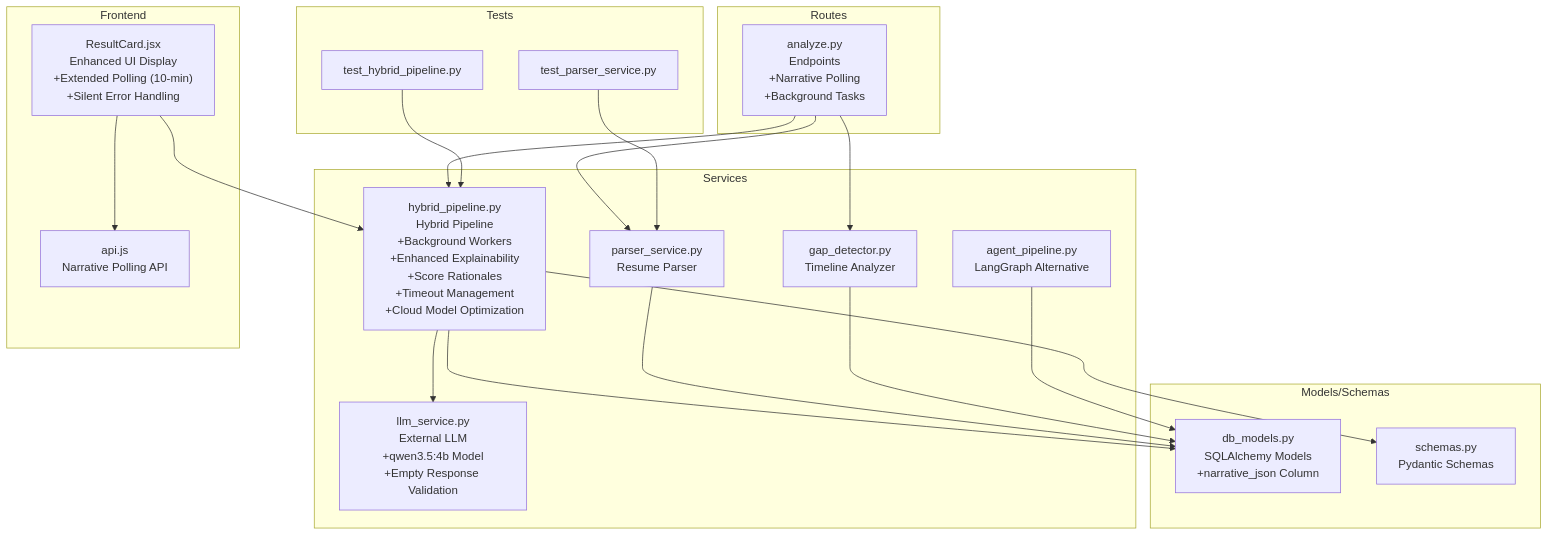
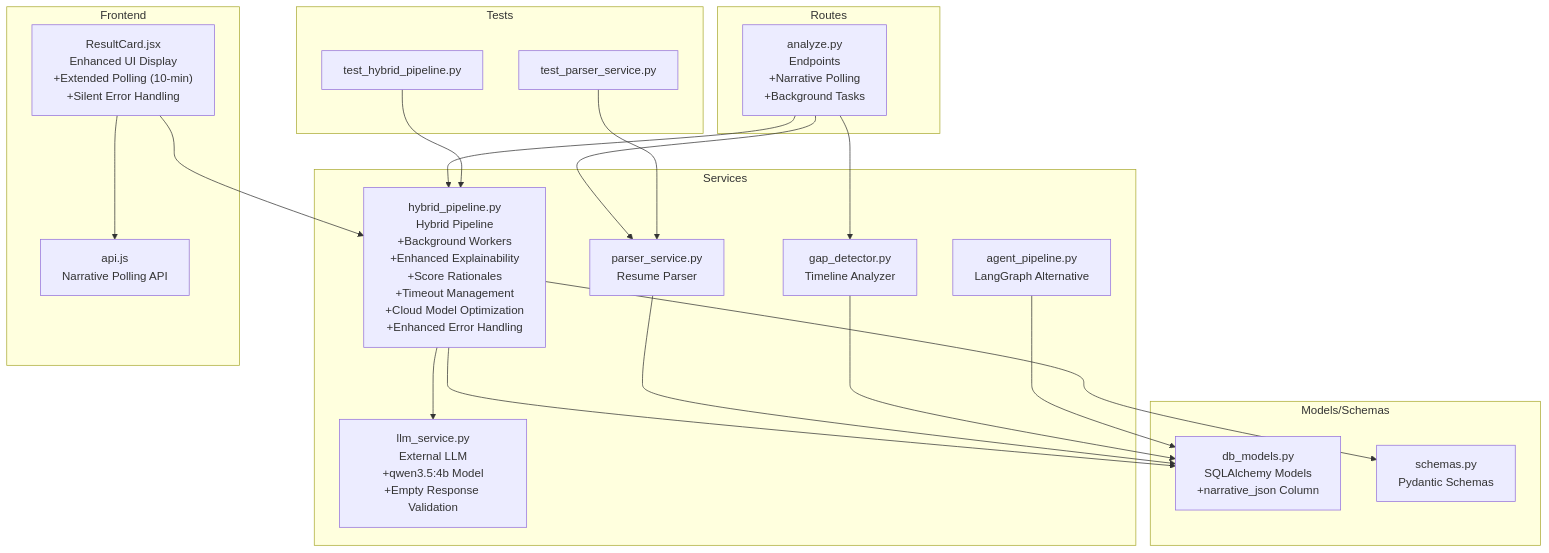
Before and after one commit to Revanththetalogics/aireume: the first of 12 diagrams in .qoder/repowiki/en/content/Analysis Engine/Hybrid Pipeline Architecture.md, drawn with Mermaid. The commit also changed other lines of this file and 15 other files, not shown here.

````diff
--- a/.qoder/repowiki/en/content/Analysis Engine/Hybrid Pipeline Architecture.md
+++ b/.qoder/repowiki/en/content/Analysis Engine/Hybrid Pipeline Architecture.md
@@ -71,38 +73,38 @@
 ```mermaid
 graph TB
 subgraph "Routes"
 A["analyze.py<br/>Endpoints<br/>+Narrative Polling<br/>+Background Tasks"]
 end
 subgraph "Services"
-B["hybrid_pipeline.py<br/>Hybrid Pipeline<br/>+Background Workers<br/>+Enhanced Explainability<br/>+Score Rationales<br/>+Timeout Management<br/>+Cloud Model Optimization"]
+B["hybrid_pipeline.py<br/>Hybrid Pipeline<br/>+Background Workers<br/>+Enhanced Explainability<br/>+Score Rationales<br/>+Timeout Management<br/>+Cloud Model Optimization<br/>+Enhanced Error Handling"]
 C["parser_service.py<br/>Resume Parser"]
 D["gap_detector.py<br/>Timeline Analyzer"]
 E["llm_service.py<br/>External LLM<br/>+qwen3.5:4b Model<br/>+Empty Response Validation"]
 F["agent_pipeline.py<br/>LangGraph Alternative"]
 end
 subgraph "Models/Schemas"
 G["db_models.py<br/>SQLAlchemy Models<br/>+narrative_json Column"]
 H["schemas.py<br/>Pydantic Schemas"]
 end
 subgraph "Tests"
 I["test_hybrid_pipeline.py"]
 J["test_parser_service.py"]
 end
 subgraph "Frontend"
 K["ResultCard.jsx<br/>Enhanced UI Display<br/>+Extended Polling (10-min)<br/>+Silent Error Handling"]
 L["api.js<br/>Narrative Polling API"]
 end
 A --> B
 A --> C
 A --> D
 B --> E
 B --> G
 B --> H
 C --> G
 D --> G
 F --> G
 I --> B
 J --> C
 K --> B
 K --> L
 ```
````
